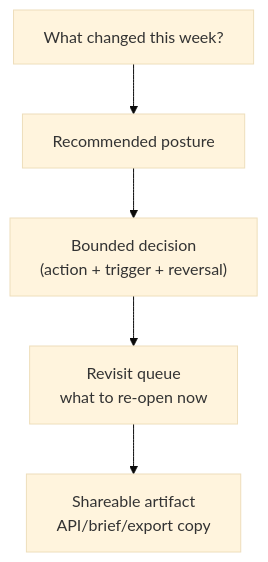
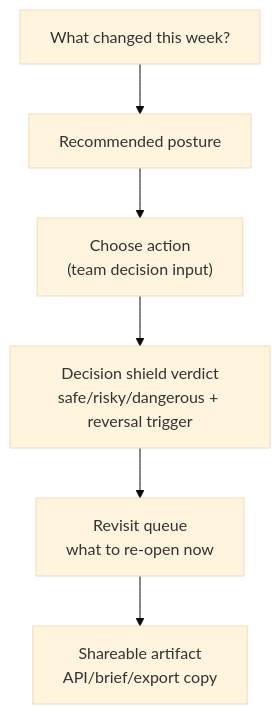
One commit to zz-plant/whether changed the second of 3 diagrams in docs/architecture.md. Above: the diagram before and after it, drawn with Mermaid (base theme). The commit also changed other lines of this file, not shown here.

Commit message:
docs: correct architecture flow dependencies

````diff
--- a/docs/architecture.md
+++ b/docs/architecture.md
@@ -43,7 +46,8 @@
 ```mermaid
 flowchart TD
   W["What changed this week?"] --> P["Recommended posture"]
-  P --> D["Bounded decision\n(action + trigger + reversal)"]
+  P --> A["Choose action\n(team decision input)"]
+  A --> D["Decision shield verdict\nsafe/risky/dangerous + reversal trigger"]
   D --> R["Revisit queue\nwhat to re-open now"]
   R --> S["Shareable artifact\nAPI/brief/export copy"]
 ```
````
